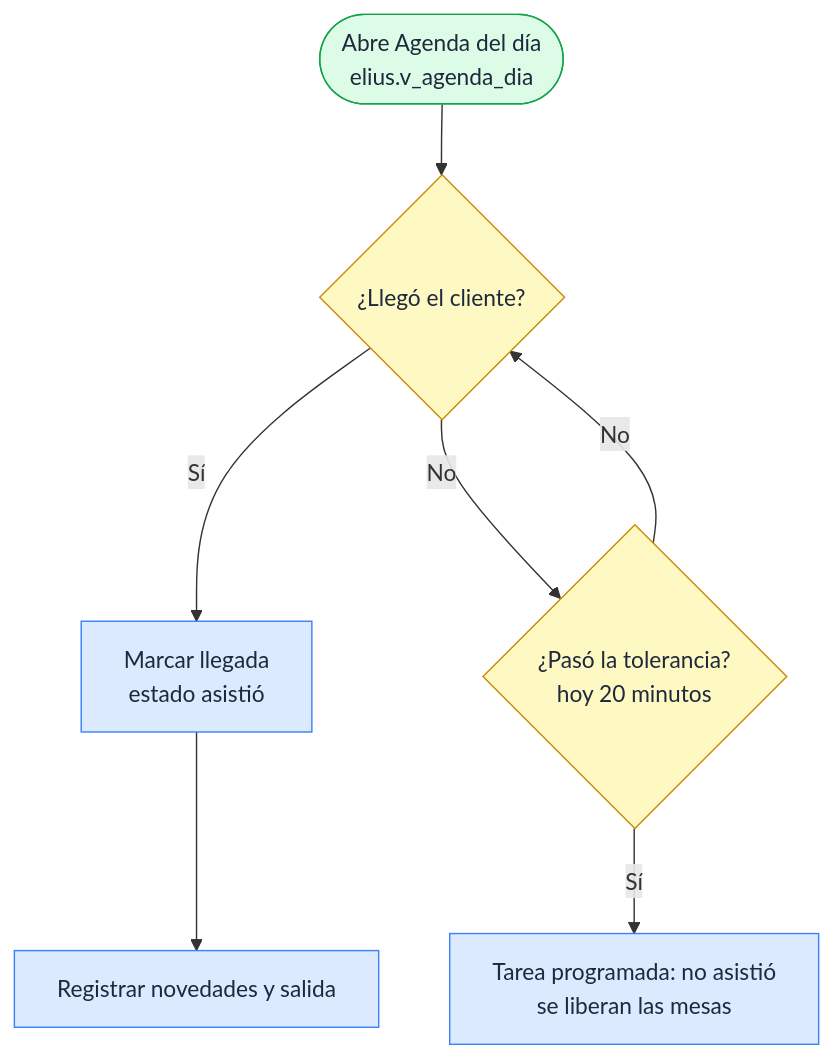
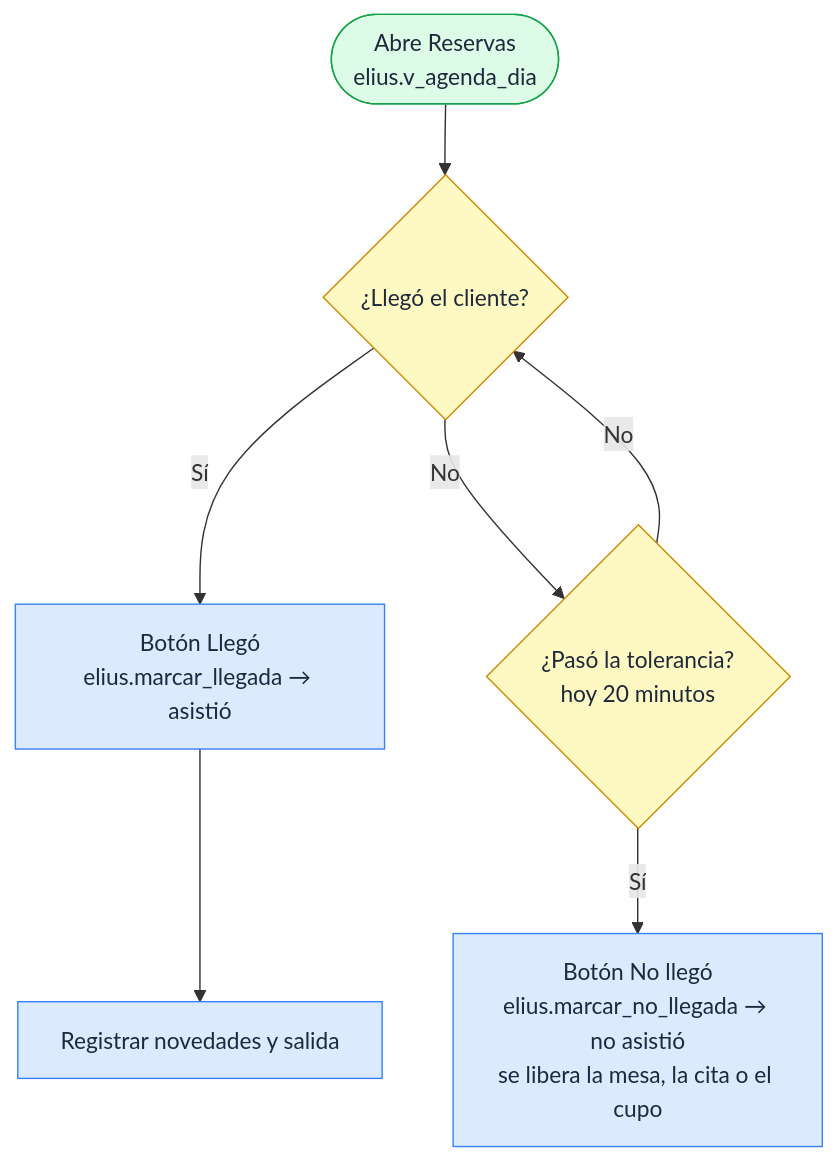
Before and after one commit to svzapatac/Elius: the third of 4 diagrams in docs/03_flujos_usuario/03_panel_operador.md, drawn with Mermaid. The commit also changed other lines of this file and 56 other files, not shown here.

````diff
--- a/docs/03_flujos_usuario/03_panel_operador.md
+++ b/docs/03_flujos_usuario/03_panel_operador.md
@@ -51,14 +47,14 @@
 ```mermaid
 flowchart TD
-  A([Abre Agenda del día<br/>elius.v_agenda_dia]) --> B{¿Llegó el cliente?}
-  B -- Sí --> C[Marcar llegada<br/>estado asistió]
+  A([Abre Reservas<br/>elius.v_agenda_dia]) --> B{¿Llegó el cliente?}
+  B -- Sí --> C[Botón Llegó<br/>elius.marcar_llegada → asistió]
   B -- No --> D{¿Pasó la tolerancia?<br/>hoy 20 minutos}
   D -- No --> B
-  D -- Sí --> E[Tarea programada: no asistió<br/>se liberan las mesas]
+  D -- Sí --> E[Botón No llegó<br/>elius.marcar_no_llegada → no asistió<br/>se libera la mesa, la cita o el cupo]
   C --> F[Registrar novedades y salida]
   classDef default fill:#dbeafe,stroke:#3b82f6,color:#1e293b
   classDef dec fill:#fef9c3,stroke:#ca8a04,color:#1e293b
   classDef ok fill:#dcfce7,stroke:#16a34a,color:#1e293b
   class B,D dec
   class A ok
 ```
````
